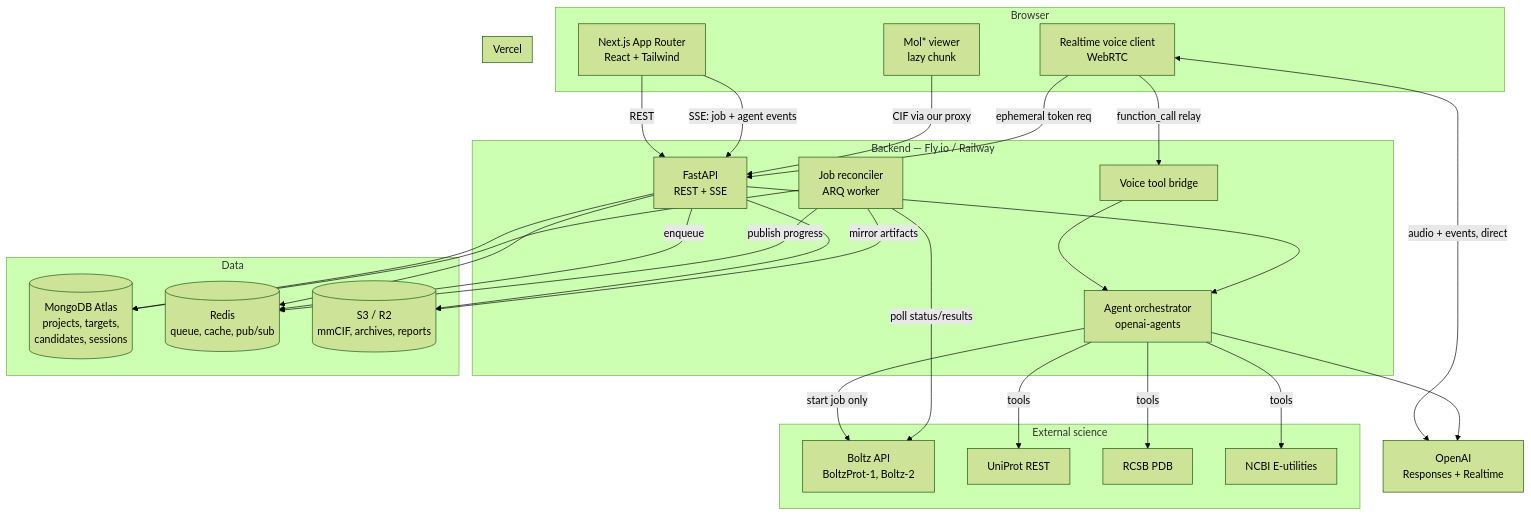
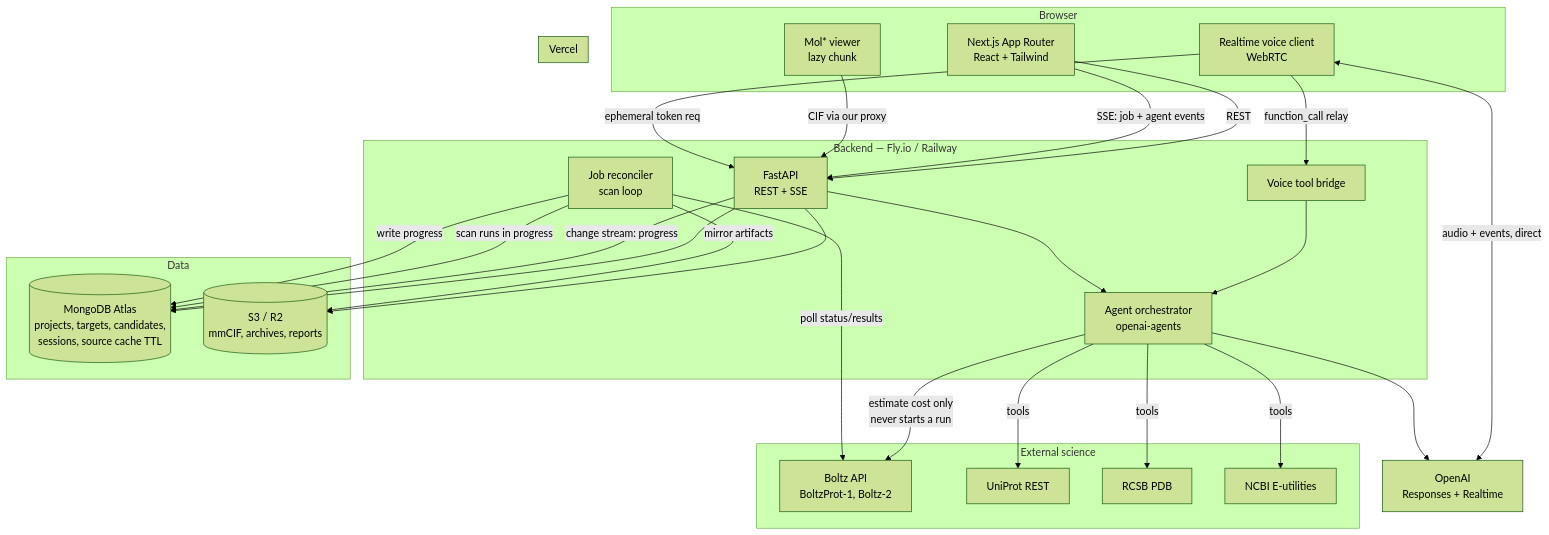
One commit to Abdullah-webd/biostruct changed the first of 7 diagrams in ARCHITECTURE.md. Above: the diagram before and after it, drawn with Mermaid (forest theme). The commit also changed other lines of this file and 2 other files, not shown here.

First line of the commit message:
refactor(arch): drop Redis, Upstash and the job queue entirely

````diff
--- a/ARCHITECTURE.md
+++ b/ARCHITECTURE.md
@@ -136,57 +136,55 @@
 ```mermaid
 graph TB
     subgraph Browser
         UI[Next.js App Router<br/>React + Tailwind]
         MOL[Mol* viewer<br/>lazy chunk]
         RTC[Realtime voice client<br/>WebRTC]
     end
 
     subgraph Vercel
         UI
     end
 
     subgraph "Backend — Fly.io / Railway"
         API[FastAPI<br/>REST + SSE]
         ORCH[Agent orchestrator<br/>openai-agents]
-        REC[Job reconciler<br/>ARQ worker]
+        REC[Job reconciler<br/>scan loop]
         BRIDGE[Voice tool bridge]
     end
 
     subgraph Data
-        MONGO[(MongoDB Atlas<br/>projects, targets,<br/>candidates, sessions)]
-        REDIS[(Redis<br/>queue, cache, pub/sub)]
+        MONGO[(MongoDB Atlas<br/>projects, targets, candidates,<br/>sessions, source cache TTL)]
         S3[(S3 / R2<br/>mmCIF, archives, reports)]
     end
 
     subgraph "External science"
         BOLTZ[Boltz API<br/>BoltzProt-1, Boltz-2]
         UNIPROT[UniProt REST]
         PDB[RCSB PDB]
         PUBMED[NCBI E-utilities]
     end
 
     OPENAI[OpenAI<br/>Responses + Realtime]
 
     UI -->|REST| API
     UI -->|SSE: job + agent events| API
     MOL -->|CIF via our proxy| API
     RTC -->|ephemeral token req| API
     RTC <-->|audio + events, direct| OPENAI
     RTC -->|function_call relay| BRIDGE
     BRIDGE --> ORCH
 
     API --> ORCH
     API --> MONGO
-    API --> REDIS
+    API -->|change stream: progress| MONGO
     API --> S3
     ORCH --> OPENAI
     ORCH -->|tools| UNIPROT
     ORCH -->|tools| PDB
     ORCH -->|tools| PUBMED
-    ORCH -->|start job only| BOLTZ
-    API -->|enqueue| REDIS
+    ORCH -->|estimate cost only<br/>never starts a run| BOLTZ
+    REC -->|scan runs in progress| MONGO
     REC -->|poll status/results| BOLTZ
     REC -->|mirror artifacts| S3
-    REC --> MONGO
-    REC -->|publish progress| REDIS
+    REC -->|write progress| MONGO
 ```
````
